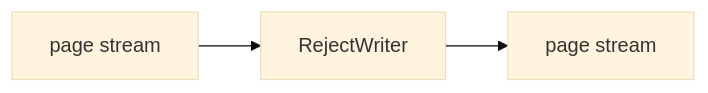
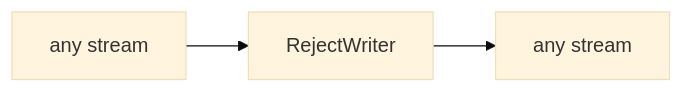
Before and after one commit to storytracer/linecaster: the diagram in docs/blocks/writers/RejectWriter.md, drawn with Mermaid (base theme). The commit also changed other lines of this file and 43 other files, not shown here.

````diff
--- a/docs/blocks/writers/RejectWriter.md
+++ b/docs/blocks/writers/RejectWriter.md
@@ -39,6 +39,6 @@
 ```mermaid
 flowchart LR
     B["RejectWriter"]
-    r0["page stream"] --> B
-    B --> a0["page stream"]
+    r0["any stream"] --> B
+    B --> a0["any stream"]
 ```
````
